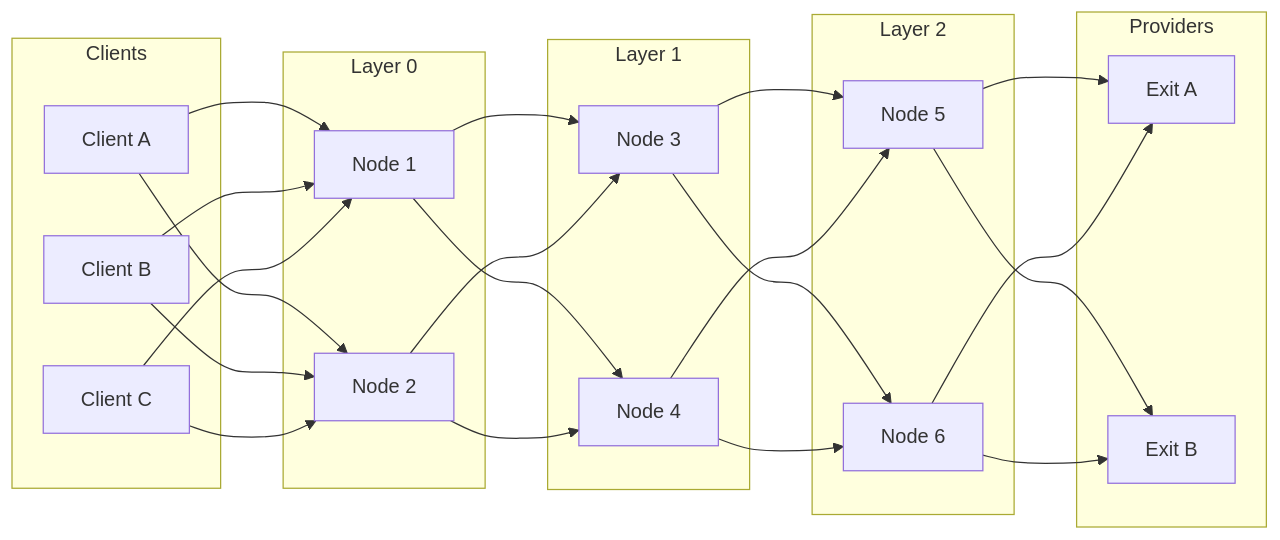
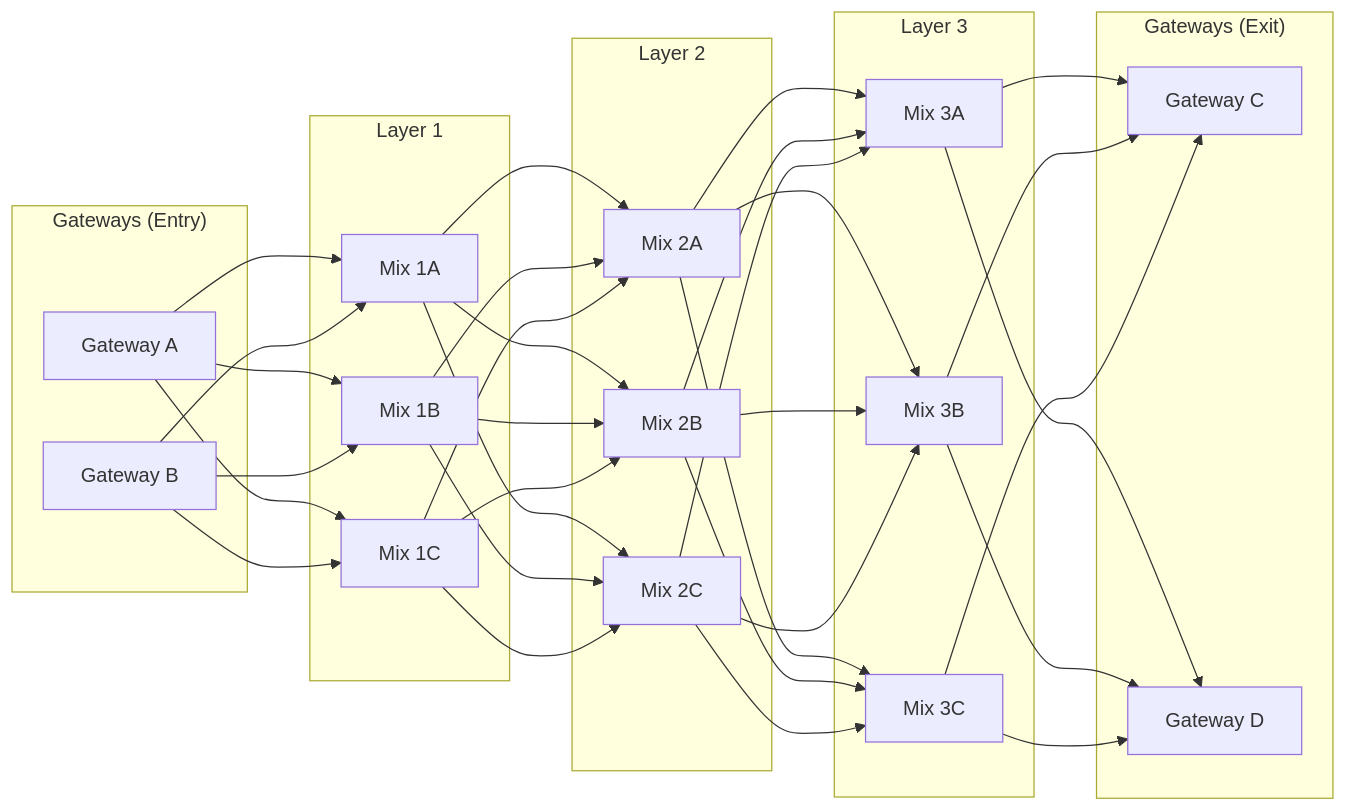
One commit to BlindHop/BlindHop changed the diagram in docs/docs/protocol/loopix.md. Above: the diagram before and after it, drawn with Mermaid. The commit also changed other lines of this file and 121 other files, not shown here.

````diff
--- a/docs/docs/protocol/loopix.md
+++ b/docs/docs/protocol/loopix.md
@@ -14,29 +15,42 @@
 ```mermaid
 graph LR
-    subgraph "Clients"
-        C1["Client A"]
-        C2["Client B"]
-        C3["Client C"]
-    end
-    subgraph "Layer 0"
-        N1["Node 1"]
-        N2["Node 2"]
-    end
-    subgraph "Layer 1"
-        N3["Node 3"]
-        N4["Node 4"]
-    end
-    subgraph "Layer 2"
-        N5["Node 5"]
-        N6["Node 6"]
-    end
-    subgraph "Providers"
-        P1["Exit A"]
-        P2["Exit B"]
+    subgraph "Gateways (Entry)"
+        G1["Gateway A"]
+        G2["Gateway B"]
     end
 
-    C1 & C2 & C3 --> N1 & N2
-    N1 & N2 --> N3 & N4
-    N3 & N4 --> N5 & N6
-    N5 & N6 --> P1 & P2
+    subgraph "Layer 1"
+        M1["Mix 1A"]
+        M2["Mix 1B"]
+        M3["Mix 1C"]
+    end
+
+    subgraph "Layer 2"
+        N1["Mix 2A"]
+        N2["Mix 2B"]
+        N3["Mix 2C"]
+    end
+
+    subgraph "Layer 3"
+        O1["Mix 3A"]
+        O2["Mix 3B"]
+        O3["Mix 3C"]
+    end
+
+    subgraph "Gateways (Exit)"
+        H1["Gateway C"]
+        H2["Gateway D"]
+    end
+
+    G1 --> M1 & M2 & M3
+    G2 --> M1 & M2 & M3
+    M1 --> N1 & N2 & N3
+    M2 --> N1 & N2 & N3
+    M3 --> N1 & N2 & N3
+    N1 --> O1 & O2 & O3
+    N2 --> O1 & O2 & O3
+    N3 --> O1 & O2 & O3
+    O1 --> H1 & H2
+    O2 --> H1 & H2
+    O3 --> H1 & H2
 ```
````
